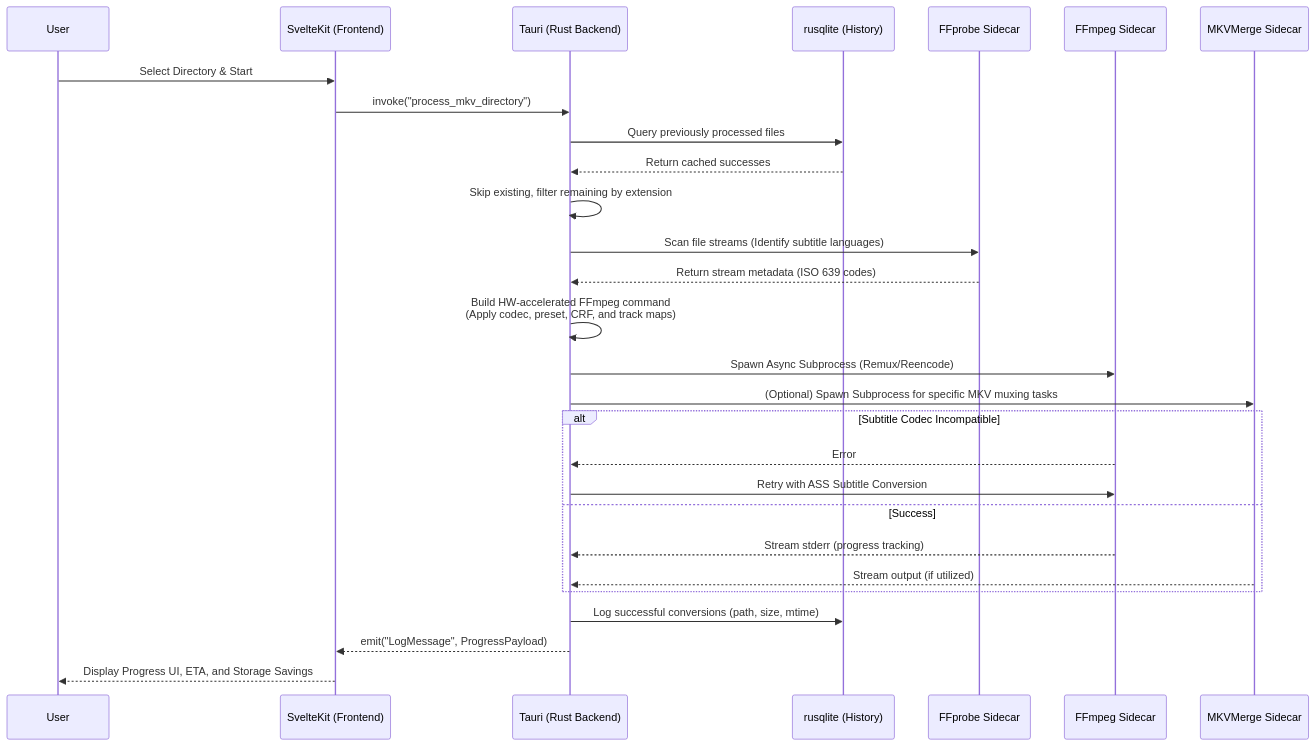
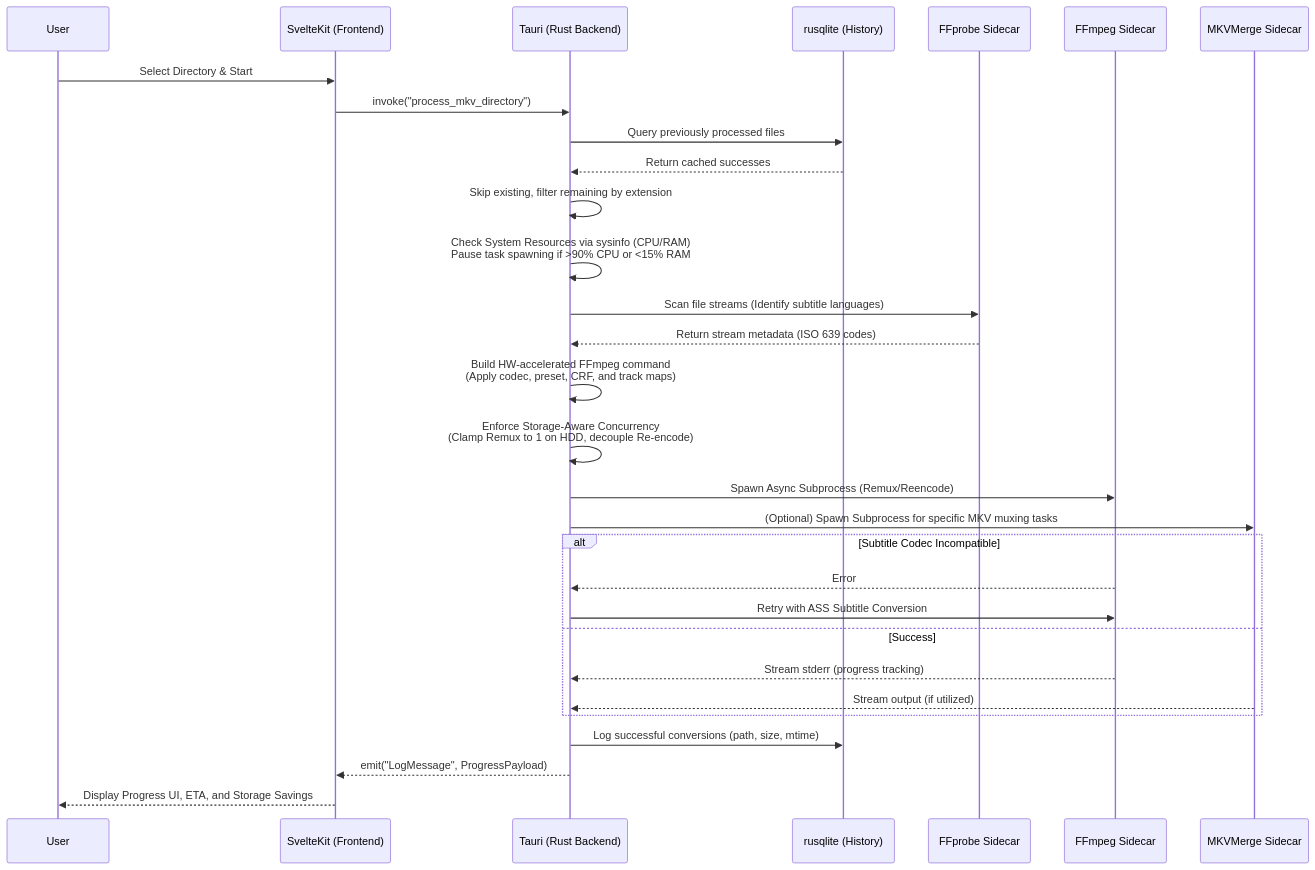
One commit to Cuates/rust changed the diagram in mkv-filter-metadata/docs/KNOWLEDGE_GRAPH.md. Above: the diagram before and after it, drawn with Mermaid. The commit also changed 32 other files, not shown here.

````diff
--- a/mkv-filter-metadata/docs/KNOWLEDGE_GRAPH.md
+++ b/mkv-filter-metadata/docs/KNOWLEDGE_GRAPH.md
@@ -13,39 +13,41 @@
 ```mermaid
 sequenceDiagram
     participant User
     participant Frontend as SvelteKit (Frontend)
     participant Backend as Tauri (Rust Backend)
     participant SQLite as rusqlite (History)
     participant FFprobe as FFprobe Sidecar
     participant FFmpeg as FFmpeg Sidecar
     participant MKVMerge as MKVMerge Sidecar
 
     User->>Frontend: Select Directory & Start
     Frontend->>Backend: invoke("process_mkv_directory")
     
     %% Idempotent Checks
     Backend->>SQLite: Query previously processed files
     SQLite-->>Backend: Return cached successes
     Backend->>Backend: Skip existing, filter remaining by extension
     
     %% Processing Phase
+    Backend->>Backend: Check System Resources via sysinfo (CPU/RAM)<br/>Pause task spawning if >90% CPU or <15% RAM
     Backend->>FFprobe: Scan file streams (Identify subtitle languages)
     FFprobe-->>Backend: Return stream metadata (ISO 639 codes)
     Backend->>Backend: Build HW-accelerated FFmpeg command<br/>(Apply codec, preset, CRF, and track maps)
+    Backend->>Backend: Enforce Storage-Aware Concurrency<br/>(Clamp Remux to 1 on HDD, decouple Re-encode)
     Backend->>FFmpeg: Spawn Async Subprocess (Remux/Reencode)
     Backend->>MKVMerge: (Optional) Spawn Subprocess for specific MKV muxing tasks
     
     %% Fallback & Progress
     alt Subtitle Codec Incompatible
         FFmpeg-->>Backend: Error
         Backend->>FFmpeg: Retry with ASS Subtitle Conversion
     else Success
         FFmpeg-->>Backend: Stream stderr (progress tracking)
         MKVMerge-->>Backend: Stream output (if utilized)
     end
     
     %% Completion
     Backend->>SQLite: Log successful conversions (path, size, mtime)
     Backend-->>Frontend: emit("LogMessage", ProgressPayload)
     Frontend-->>User: Display Progress UI, ETA, and Storage Savings
 ```
````
